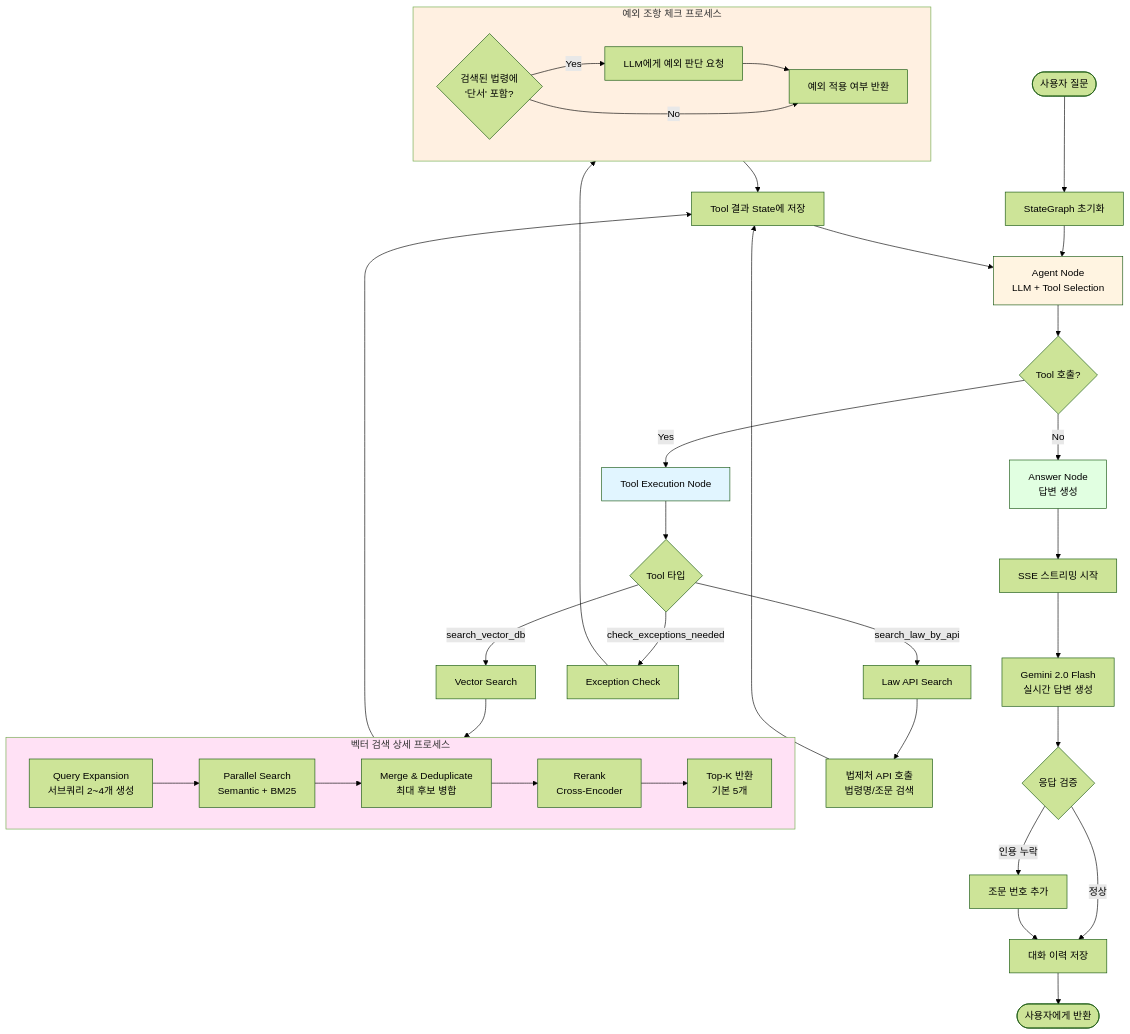
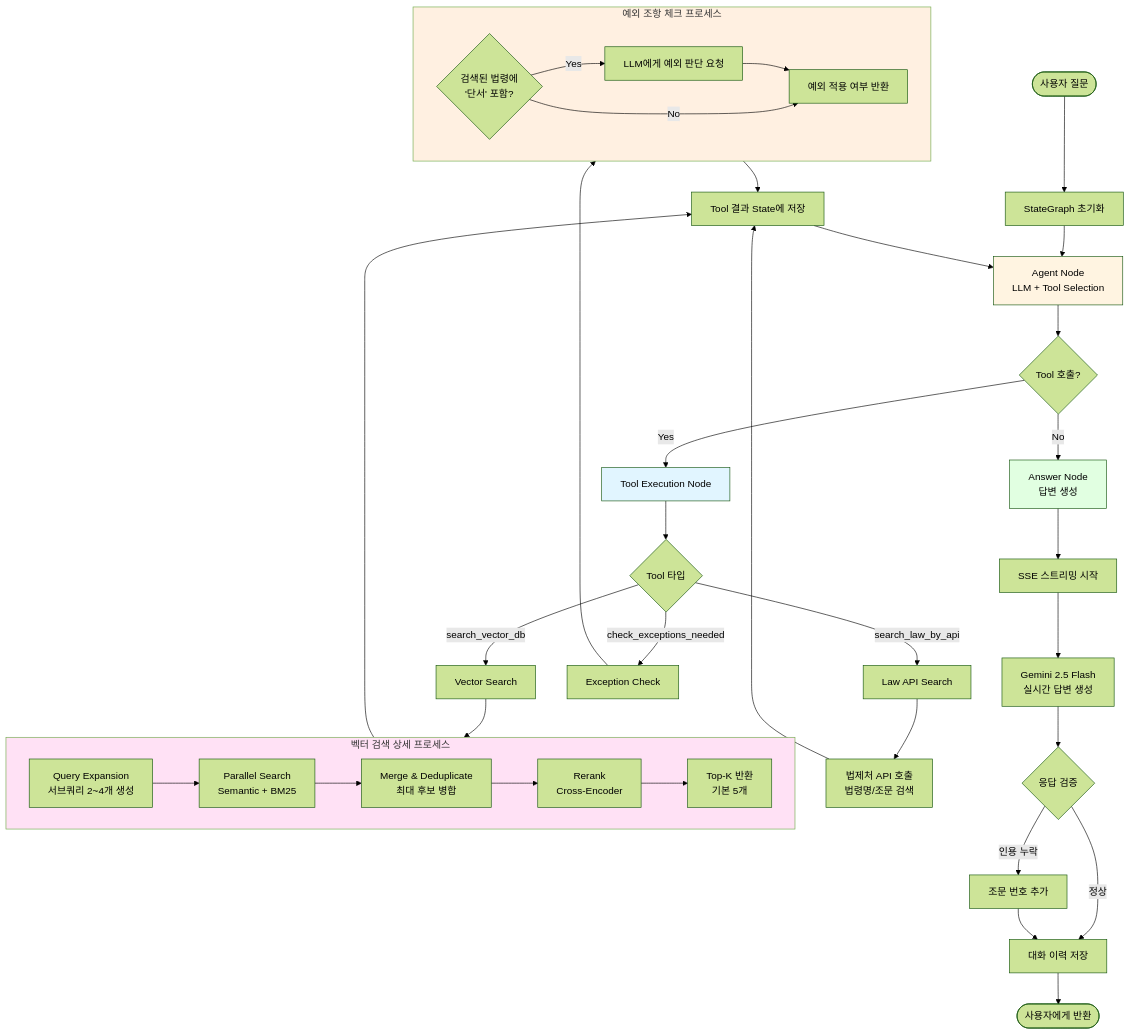
One commit to Geundol222/lawbot-kr changed the second of 4 diagrams in docs/architecture.md. Above: the diagram before and after it, drawn with Mermaid (forest theme). The commit also changed other lines of this file and 10 other files, not shown here.

````diff
--- a/docs/architecture.md
+++ b/docs/architecture.md
@@ -68,67 +68,67 @@
 ```mermaid
 flowchart TD
     Start([사용자 질문]) --> Init[StateGraph 초기화]
 
     Init --> AgentNode[Agent Node<br/>LLM + Tool Selection]
 
     AgentNode --> Decision{Tool 호출?}
 
     Decision -->|Yes| ToolNode[Tool Execution Node]
     Decision -->|No| Answer[Answer Node<br/>답변 생성]
 
     ToolNode --> ToolType{Tool 타입}
 
     ToolType -->|search_vector_db| Vector[Vector Search]
     ToolType -->|search_law_by_api| API[Law API Search]
     ToolType -->|check_exceptions_needed| Exception[Exception Check]
 
     Vector --> VectorProcess[벡터 검색 프로세스]
 
     subgraph VectorProcess["벡터 검색 상세 프로세스"]
         V1[Query Expansion<br/>서브쿼리 2~4개 생성]
         V2[Parallel Search<br/>Semantic + BM25]
         V3[Merge & Deduplicate<br/>최대 후보 병합]
         V4[Rerank<br/>Cross-Encoder]
         V5[Top-K 반환<br/>기본 5개]
 
         V1 --> V2 --> V3 --> V4 --> V5
     end
 
     API --> APIProcess[법제처 API 호출<br/>법령명/조문 검색]
 
     Exception --> ExceptionProcess[Self-RAG 예외 체크]
 
     subgraph ExceptionProcess["예외 조항 체크 프로세스"]
         E1{검색된 법령에<br/>'단서' 포함?}
         E2[LLM에게 예외 판단 요청]
         E3[예외 적용 여부 반환]
 
         E1 -->|Yes| E2 --> E3
         E1 -->|No| E3
     end
 
     VectorProcess --> ToolResult[Tool 결과 State에 저장]
     APIProcess --> ToolResult
     ExceptionProcess --> ToolResult
 
     ToolResult --> AgentNode
 
     Answer --> StreamStart[SSE 스트리밍 시작]
 
-    StreamStart --> LLMStream[Gemini 2.0 Flash<br/>실시간 답변 생성]
+    StreamStart --> LLMStream[Gemini 2.5 Flash<br/>실시간 답변 생성]
 
     LLMStream --> ValidateResponse{응답 검증}
 
     ValidateResponse -->|인용 누락| AddCitation[조문 번호 추가]
     ValidateResponse -->|정상| SaveChat[대화 이력 저장]
 
     AddCitation --> SaveChat
 
     SaveChat --> End([사용자에게 반환])
 
     style AgentNode fill:#fff4e1
     style ToolNode fill:#e1f5ff
     style Answer fill:#e1ffe1
     style VectorProcess fill:#ffe1f5
     style ExceptionProcess fill:#fff0e1
 ```
````
